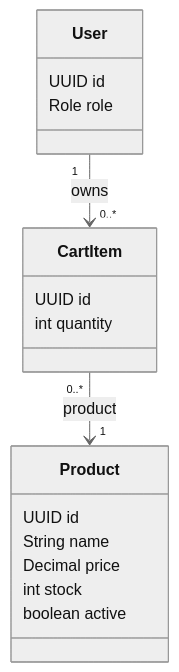
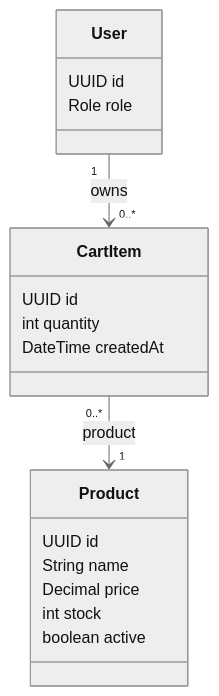
Before and after one commit to e-commercial-marketplace/commerce-platform-docs: the diagram in features/cart/README.md, drawn with Mermaid (neutral theme). The commit also changed other lines of this file and 11 other files, not shown here.

````diff
--- a/features/cart/README.md
+++ b/features/cart/README.md
@@ -34,23 +34,24 @@
 ```mermaid
 classDiagram
     class User {
         UUID id
         Role role
     }
 
     class CartItem {
         UUID id
         int quantity
+        DateTime createdAt
     }
 
     class Product {
         UUID id
         String name
         Decimal price
         int stock
         boolean active
     }
 
     User "1" --> "0..*" CartItem : owns
     CartItem "0..*" --> "1" Product : product
 ```
````
